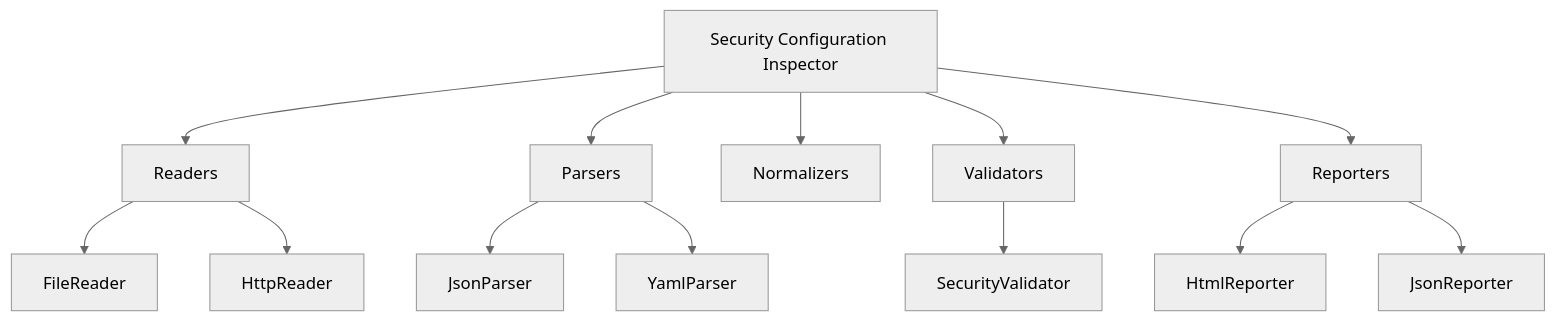
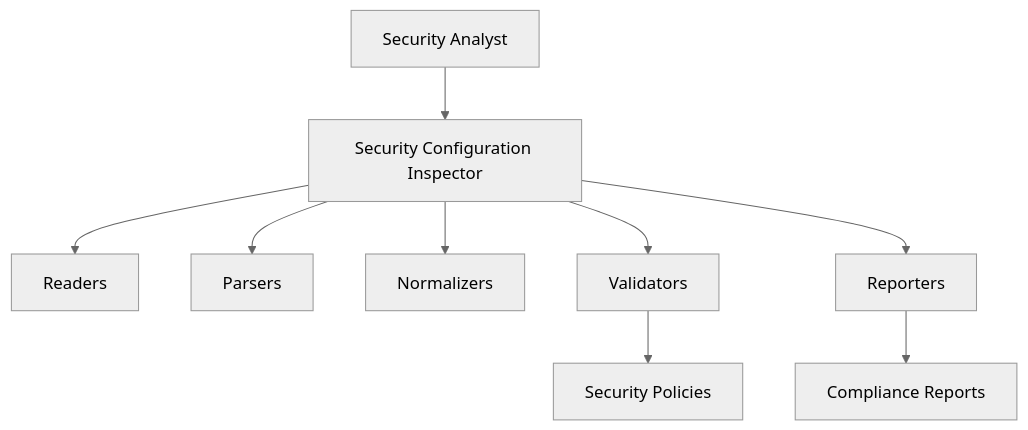
One commit to truongtranit/security-configuration-inspector changed the first of 3 diagrams in README.md. Above: the diagram before and after it, drawn with Mermaid (neutral theme). The commit also changed other lines of this file and 17 other files, not shown here.

Commit message:
Add architecture documentation and reader exceptions

````diff
--- a/README.md
+++ b/README.md
@@ -40,22 +15,17 @@
 ```mermaid
 graph TD
 
-Application["Security Configuration Inspector"]
+    User["Security Analyst"]
 
-Application --> Readers
-Application --> Parsers
-Application --> Normalizers
-Application --> Validators
-Application --> Reporters
+    User --> App["Security Configuration Inspector"]
 
-Readers --> FileReader
-Readers --> HttpReader
+    App --> Readers["Readers"]
+    App --> Parsers["Parsers"]
+    App --> Normalizers["Normalizers"]
+    App --> Validators["Validators"]
+    App --> Reporters["Reporters"]
 
-Parsers --> JsonParser
-Parsers --> YamlParser
+    Validators --> Policies["Security Policies"]
 
-Validators --> SecurityValidator
-
-Reporters --> HtmlReporter
-Reporters --> JsonReporter
+    Reporters --> Reports["Compliance Reports"]
 ```
````
